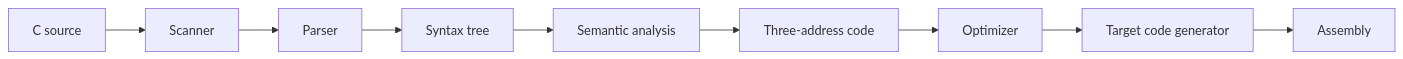
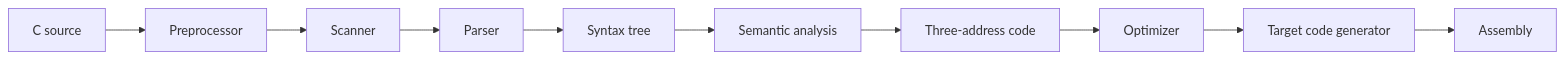
Before and after one commit to sergev/vcc: the diagram in README.md, drawn with Mermaid. The commit also changed other lines of this file and 35 other files, not shown here.

````diff
--- a/README.md
+++ b/README.md
@@ -40,6 +41,6 @@
 ```mermaid
 flowchart LR
-    Source[C source] --> Scanner --> Parser --> Tree[Syntax tree]
+    Source[C source] --> Cpp[Preprocessor] --> Scanner --> Parser --> Tree[Syntax tree]
     Tree --> Semantic[Semantic analysis] --> TAC[Three-address code]
     TAC --> Optimizer --> Codegen[Target code generator] --> Asm[Assembly]
 ```
````
